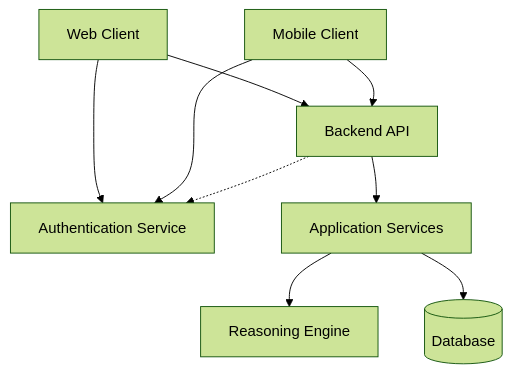
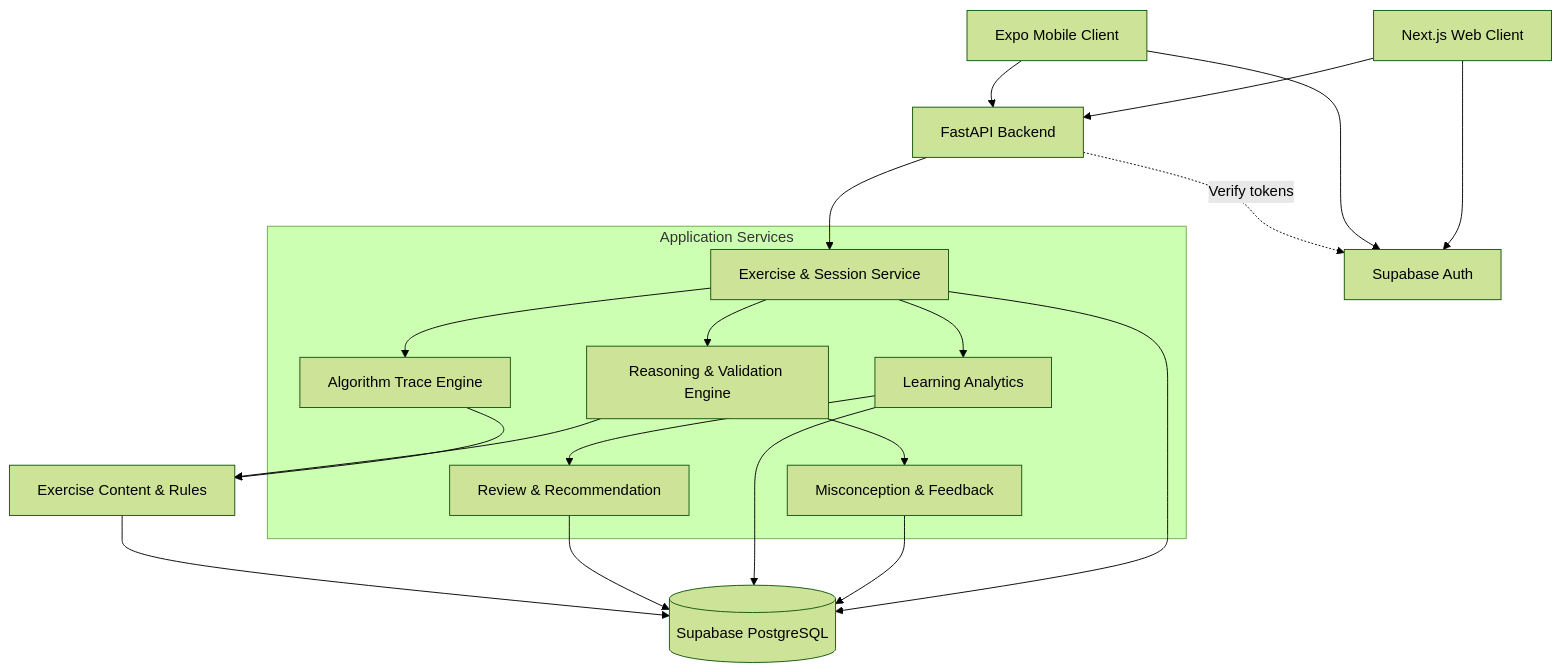
Before and after one commit to autumnwix/AlgoBridge: the first of 2 diagrams in docs/project/architecture.md, drawn with Mermaid (forest theme). The commit also changed other lines of this file, not shown here.

First line of the commit message:
Revise architecture document to version 0.3

````diff
--- a/docs/project/architecture.md
+++ b/docs/project/architecture.md
@@ -27,19 +38,42 @@
 ```mermaid
-flowchart TB
-  WEB[Web Client]
-  MOBILE[Mobile Client]
-  AUTH[Authentication Service]
-  API[Backend API]
-  SERVICES[Application Services]
-  ENGINE[Reasoning Engine]
-  DB[(Database)]
-  
-  WEB --> AUTH
-  MOBILE --> AUTH
-  WEB --> API
-  MOBILE --> API
-  API --> SERVICES
-  SERVICES --> ENGINE
-  SERVICES --> DB
-  API -.-> AUTH
+flowchart TD
+    WEB["Next.js Web Client"]
+    MOB["Expo Mobile Client"]
+    AUTH["Supabase Auth"]
+
+    API["FastAPI Backend"]
+
+    subgraph SERVICES["Application Services"]
+        SESSION["Exercise & Session Service"]
+        REASON["Reasoning & Validation Engine"]
+        DIAG["Misconception & Feedback"]
+        TRACE["Algorithm Trace Engine"]
+        ANALYTICS["Learning Analytics"]
+        REVIEW["Review & Recommendation"]
+    end
+
+    CONTENT["Exercise Content & Rules"]
+    DB[("Supabase PostgreSQL")]
+
+    WEB --> API
+    MOB --> API
+
+    WEB --> AUTH
+    MOB --> AUTH
+    API -.->|"Verify tokens"| AUTH
+
+    API --> SESSION
+    SESSION --> REASON
+    REASON --> DIAG
+    SESSION --> TRACE
+    SESSION --> ANALYTICS
+    ANALYTICS --> REVIEW
+
+    SESSION --> DB
+    DIAG --> DB
+    TRACE --> CONTENT
+    REASON --> CONTENT
+    ANALYTICS --> DB
+    REVIEW --> DB
+    CONTENT --> DB
 ```
````
